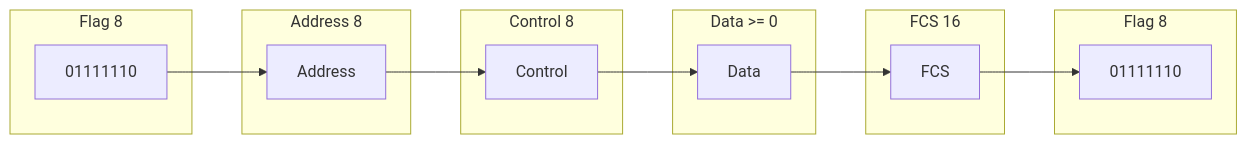
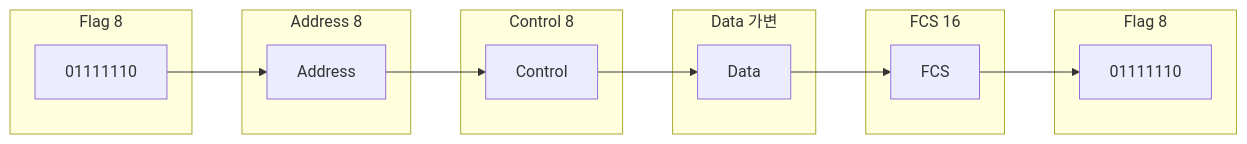
The first of 4 diagrams in blog/pe/nw/hdlc-protocol.md (gracefullight/gracefullight.github.io), drawn with Mermaid before and after one commit. The commit also changed 2 other files, not shown here.

Commit message:
docs(pe): 📚️ icmp, igmp

````diff
--- a/blog/pe/nw/hdlc-protocol.md
+++ b/blog/pe/nw/hdlc-protocol.md
@@ -20,32 +20,32 @@
 ```mermaid
 graph LR
   subgraph Flag[Flag 8]
     Flag1[01111110]
   end
   
   subgraph Address[Address 8]
     Address1[Address]
   end
   
   subgraph Control[Control 8]
     Control1[Control]
   end
   
-  subgraph Data[Data >= 0]
+  subgraph Data[Data 가변]
     Data1[Data]
   end
   
   subgraph FCS[FCS 16]
     FCS1[FCS]
   end
   
   subgraph Flag_[Flag 8]
     Flag2[01111110]
   end
   
   Flag1 --> Address1
   Address1 --> Control1
   Control1 --> Data1
   Data1 --> FCS1
   FCS1 --> Flag2
 ```
````
